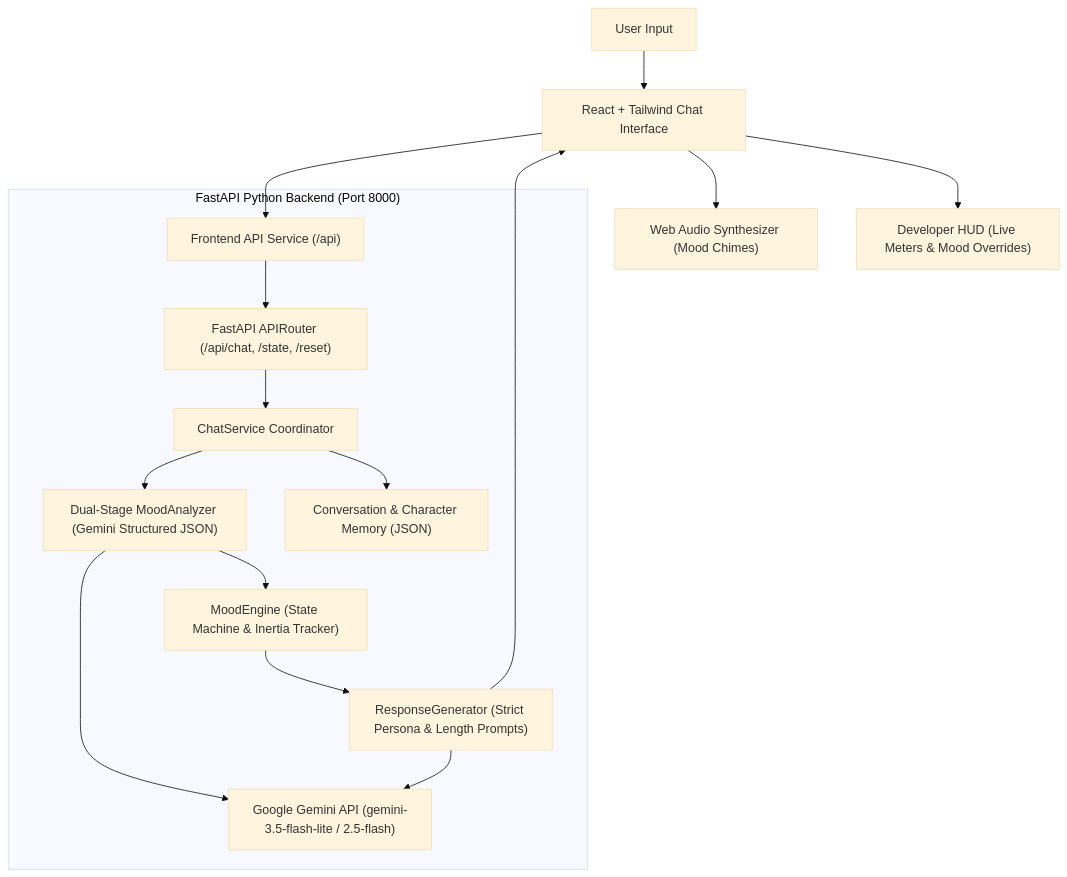
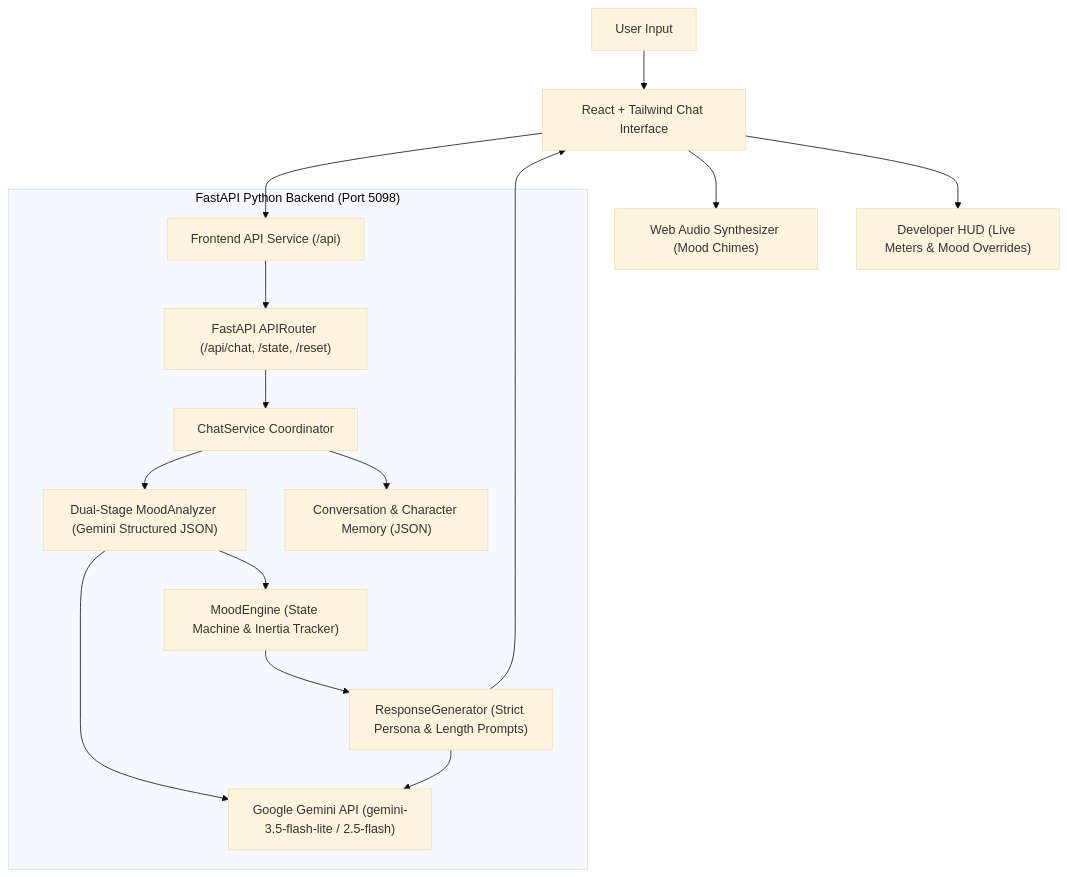
Before and after one commit to Sajeevbkk/useless_project_temp: the diagram in README.md, drawn with Mermaid (base theme). The commit also changed other lines of this file and 13 other files, not shown here.

````diff
--- a/README.md
+++ b/README.md
@@ -45,23 +45,23 @@
 ```mermaid
 flowchart TD
     User["User Input"] --> UI["React + Tailwind Chat Interface"]
     UI --> Audio["Web Audio Synthesizer (Mood Chimes)"]
     UI --> APIClient["Frontend API Service (/api)"]
     
-    subgraph Backend ["FastAPI Python Backend (Port 8000)"]
+    subgraph Backend ["FastAPI Python Backend (Port 5098)"]
         APIClient --> Router["FastAPI APIRouter (/api/chat, /state, /reset)"]
         Router --> ChatService["ChatService Coordinator"]
         
         ChatService --> MoodAnalyzer["Dual-Stage MoodAnalyzer (Gemini Structured JSON)"]
         MoodAnalyzer --> GeminiAPI["Google Gemini API (gemini-3.5-flash-lite / 2.5-flash)"]
         
         MoodAnalyzer --> MoodEngine["MoodEngine (State Machine & Inertia Tracker)"]
         MoodEngine --> RespGen["ResponseGenerator (Strict Persona & Length Prompts)"]
         RespGen --> GeminiAPI
         
         ChatService --> Mem["Conversation & Character Memory (JSON)"]
     end
     
     RespGen --> UI
     UI --> DevHUD["Developer HUD (Live Meters & Mood Overrides)"]
 ```
````
